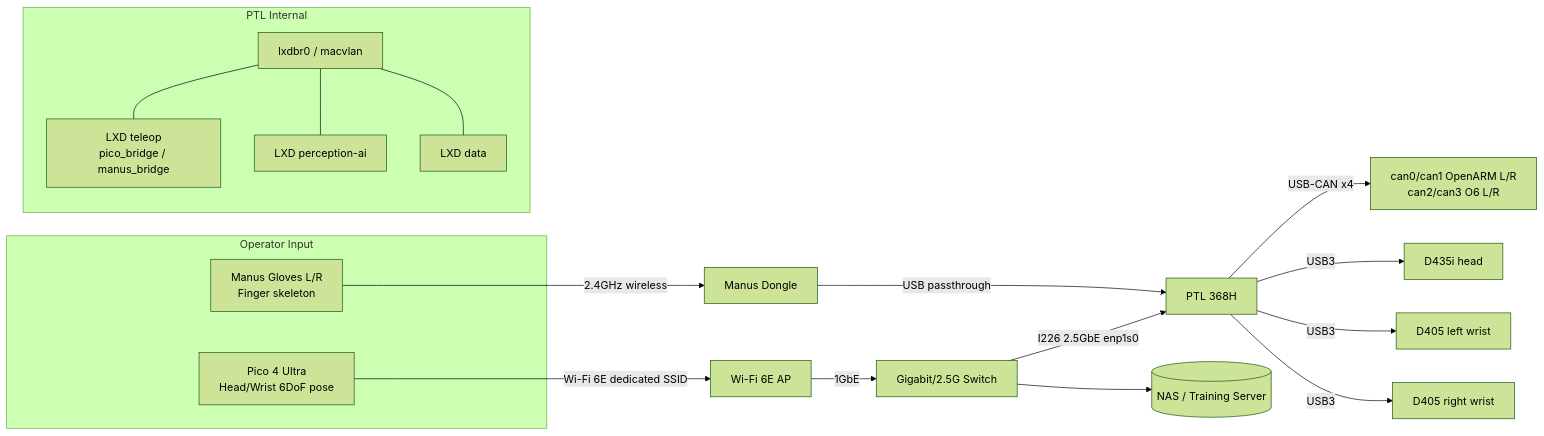
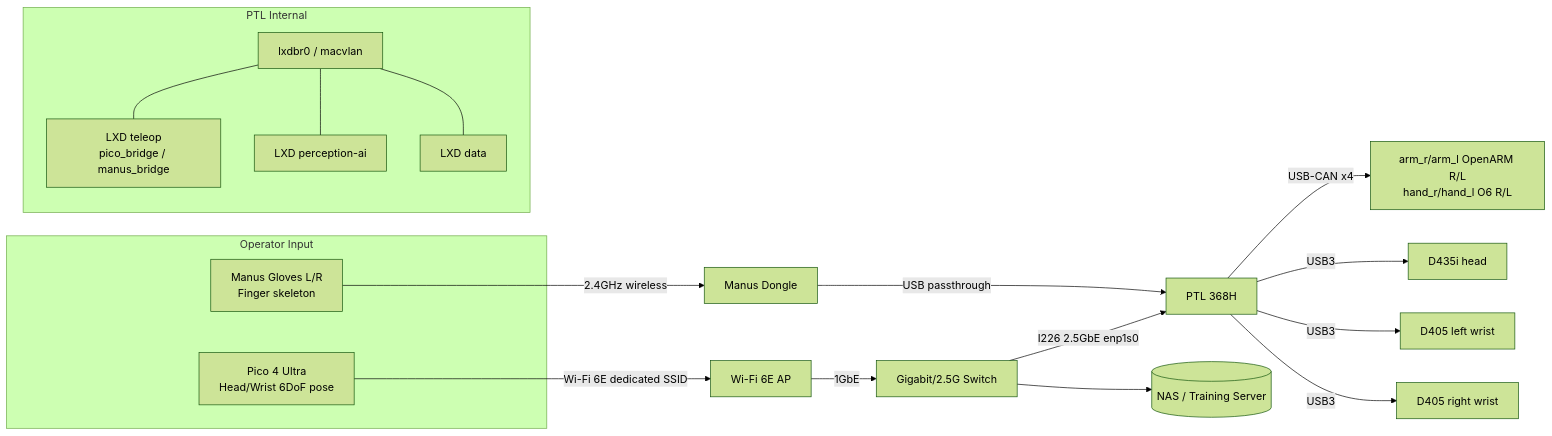
The third of 3 diagrams in docs/plan.md (yanghc18/intel-teleop-data-collection), drawn with Mermaid (forest theme) before and after one commit. The commit also changed other lines of this file and 2 other files, not shown here.

````diff
--- a/docs/plan.md
+++ b/docs/plan.md
@@ -317,23 +317,23 @@
 ```mermaid
 flowchart LR
   subgraph OP[Operator Input]
     PICO[Pico 4 Ultra<br/>Head/Wrist 6DoF pose]
     MANUS[Manus Gloves L/R<br/>Finger skeleton]
   end
   MANUS -- 2.4GHz wireless --> DONGLE[Manus Dongle]
   PICO -- Wi-Fi 6E dedicated SSID --> AP[Wi-Fi 6E AP]
   AP -- 1GbE --> SW[Gigabit/2.5G Switch]
 
   DONGLE -- USB passthrough --> PTL
   SW -- I226 2.5GbE enp1s0 --> PTL[PTL 368H]
   SW --> NAS[(NAS / Training Server)]
-  PTL -- USB-CAN x4 --> CANBUS[can0/can1 OpenARM L/R<br/>can2/can3 O6 L/R]
+  PTL -- USB-CAN x4 --> CANBUS[arm_r/arm_l OpenARM R/L<br/>hand_r/hand_l O6 R/L]
   PTL -- USB3 --> D435[D435i head]
   PTL -- USB3 --> D405L[D405 left wrist]
   PTL -- USB3 --> D405R[D405 right wrist]
   subgraph PTL_INT[PTL Internal]
     BR[lxdbr0 / macvlan] --- T[LXD teleop<br/>pico_bridge / manus_bridge]
     BR --- P[LXD perception-ai]
     BR --- D[LXD data]
   end
 ```
````
